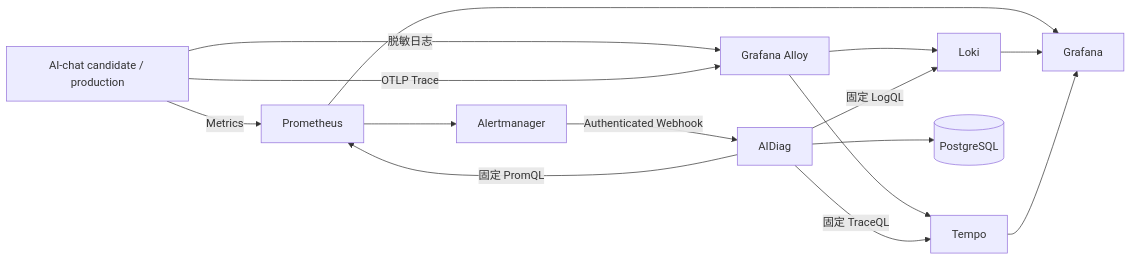
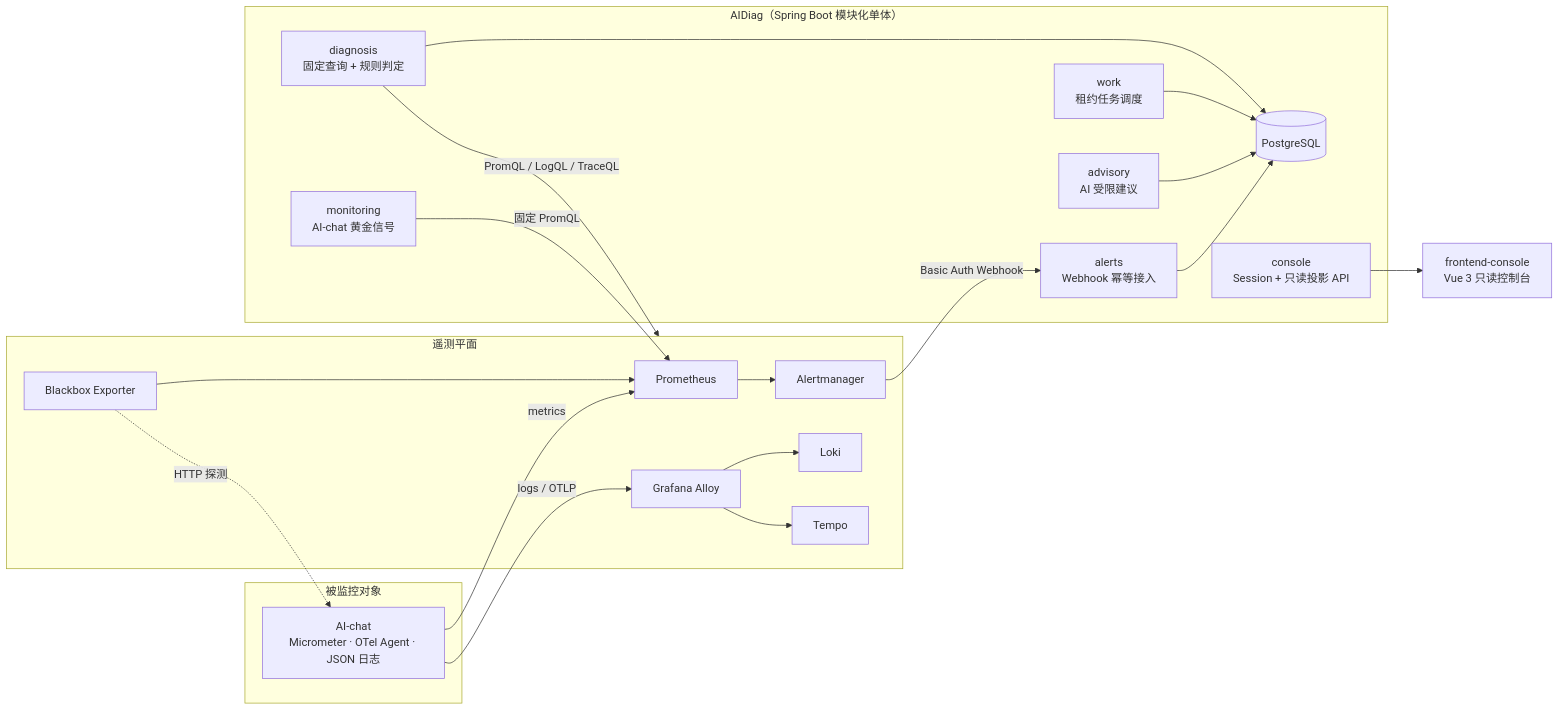
The diagram in README.md (duoduokouduo895/ai-ops), drawn with Mermaid before and after one commit. The commit also changed other lines of this file and 1 other file, not shown here.

First line of the commit message:
docs: rewrite README around AI-chat monitoring

````diff
--- a/README.md
+++ b/README.md
@@ -33,17 +23,27 @@
 ```mermaid
 flowchart LR
-    CHAT["AI-chat candidate / production"] -->|Metrics| PROM[Prometheus]
-    CHAT -->|脱敏日志| ALLOY[Grafana Alloy]
-    CHAT -->|OTLP Trace| ALLOY
-    ALLOY --> LOKI[Loki]
-    ALLOY --> TEMPO[Tempo]
-    PROM --> ALERT[Alertmanager]
-    ALERT -->|Authenticated Webhook| AIDIAG[AIDiag]
-    AIDIAG --> DB[(PostgreSQL)]
-    AIDIAG -->|固定 PromQL| PROM
-    AIDIAG -->|固定 LogQL| LOKI
-    AIDIAG -->|固定 TraceQL| TEMPO
-    PROM --> GRAFANA[Grafana]
-    LOKI --> GRAFANA
-    TEMPO --> GRAFANA
+    subgraph Monitored["被监控对象"]
+        CHAT["AI-chat<br/>Micrometer · OTel Agent · JSON 日志"]
+    end
+    subgraph Telemetry["遥测平面"]
+        PROM[Prometheus] --> AM[Alertmanager]
+        ALLOY[Grafana Alloy] --> LOKI[Loki]
+        ALLOY --> TEMPO[Tempo]
+        BB[Blackbox Exporter] --> PROM
+    end
+    subgraph AIDiag["AIDiag（Spring Boot 模块化单体）"]
+        WH["alerts<br/>Webhook 幂等接入"] --> DB[(PostgreSQL)]
+        WK["work<br/>租约任务调度"] --> DB
+        DG["diagnosis<br/>固定查询 + 规则判定"] --> DB
+        ADV["advisory<br/>AI 受限建议"] --> DB
+        MON["monitoring<br/>AI-chat 黄金信号"]
+        API["console<br/>Session + 只读投影 API"]
+    end
+    CHAT -->|metrics| PROM
+    CHAT -->|logs / OTLP| ALLOY
+    BB -.->|HTTP 探测| CHAT
+    AM -->|Basic Auth Webhook| WH
+    DG -->|PromQL / LogQL / TraceQL| Telemetry
+    MON -->|固定 PromQL| PROM
+    API --> UI["frontend-console<br/>Vue 3 只读控制台"]
 ```
````
